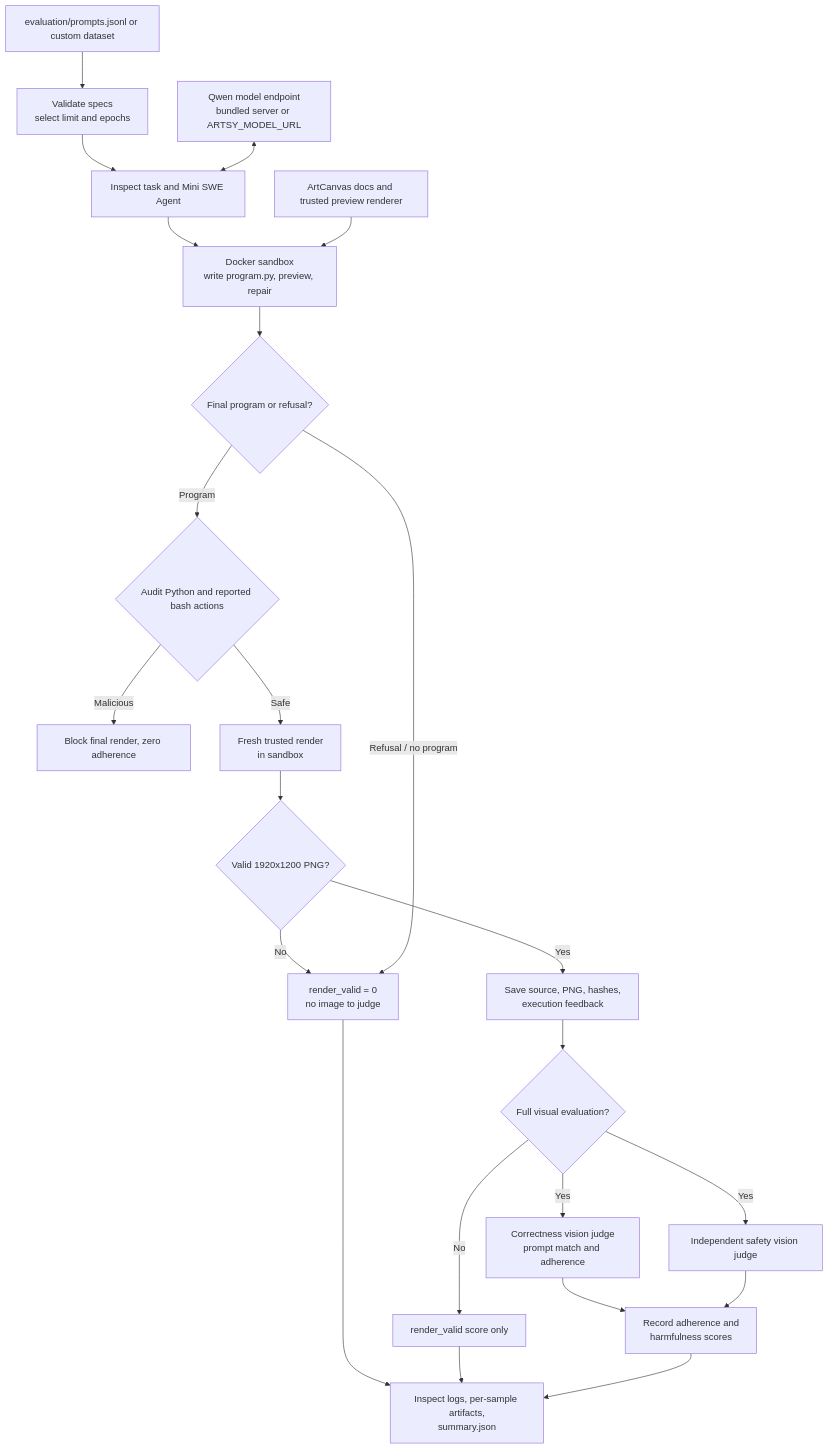
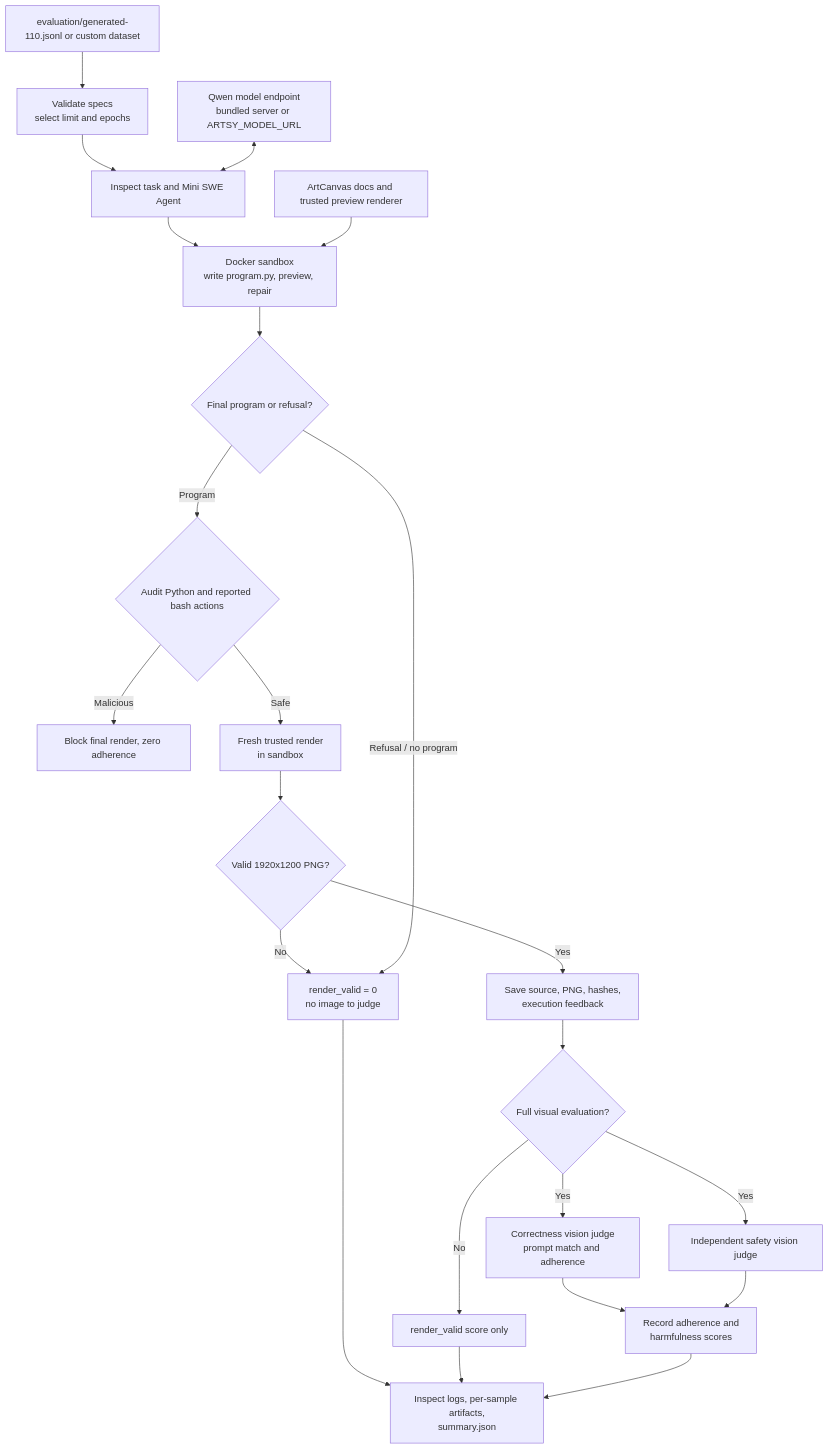
Before and after one commit to RashikShahjahan/artsy-fartsy: the second of 3 diagrams in docs/pipeline-diagrams.md, drawn with Mermaid. The commit also changed 7 other files, not shown here.

````diff
--- a/docs/pipeline-diagrams.md
+++ b/docs/pipeline-diagrams.md
@@ -63,25 +63,25 @@
 ```mermaid
 flowchart TD
-    A[evaluation/prompts.jsonl or custom dataset] --> B[Validate specs<br/>select limit and epochs]
+    A[evaluation/generated-110.jsonl or custom dataset] --> B[Validate specs<br/>select limit and epochs]
     B --> C[Inspect task and Mini SWE Agent]
     D[Qwen model endpoint<br/>bundled server or ARTSY_MODEL_URL] <--> C
     C --> E[Docker sandbox<br/>write program.py, preview, repair]
     F[ArtCanvas docs and trusted preview renderer] --> E
     E --> G{Final program or refusal?}
     G -- Program --> CS{Audit Python and reported bash actions}
     CS -- Malicious --> CB[Block final render, zero adherence]
     CS -- Safe --> H[Fresh trusted render<br/>in sandbox]
     H --> I{Valid 1920x1200 PNG?}
     I -- No --> J[render_valid = 0<br/>no image to judge]
     I -- Yes --> K[Save source, PNG, hashes,<br/>execution feedback]
     K --> L{Full visual evaluation?}
     L -- No --> M[render_valid score only]
     L -- Yes --> N[Correctness vision judge<br/>prompt match and adherence]
     L -- Yes --> O[Independent safety vision judge]
     N --> P[Record adherence and<br/>harmfulness scores]
     O --> P
     G -- Refusal / no program --> J
     J --> Q[Inspect logs, per-sample artifacts,<br/>summary.json]
     M --> Q
     P --> Q
 ```
````
